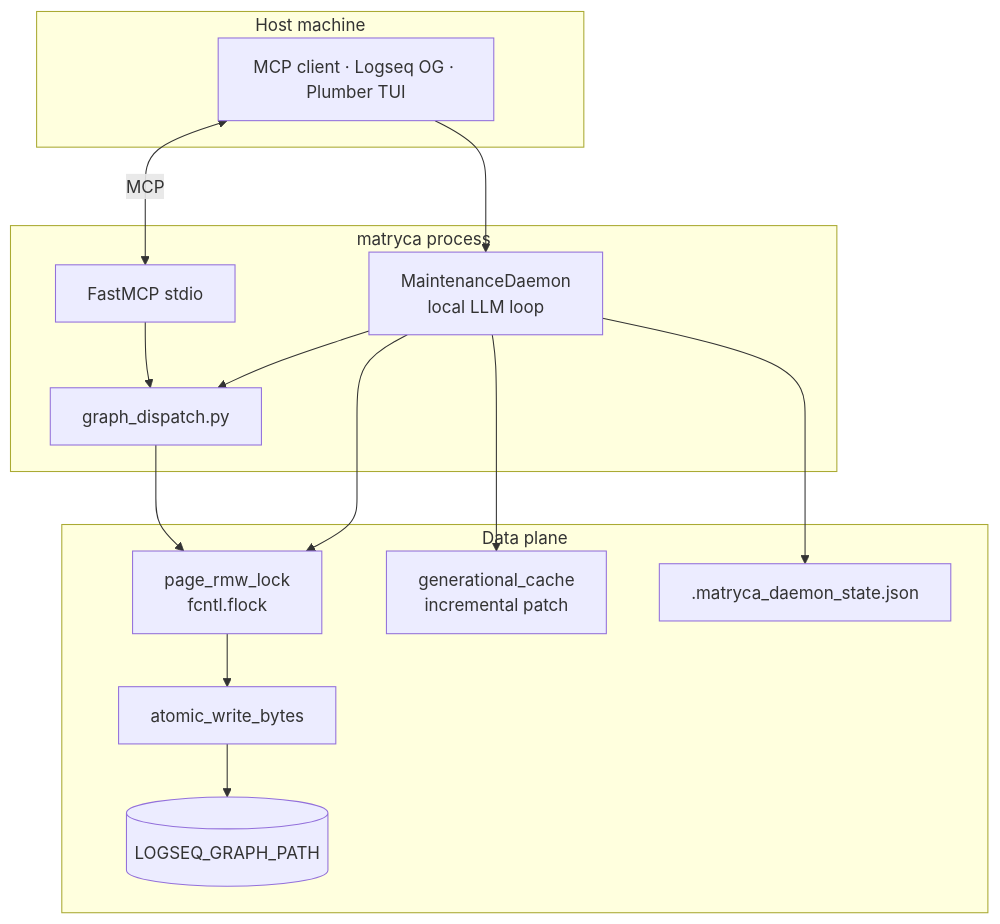
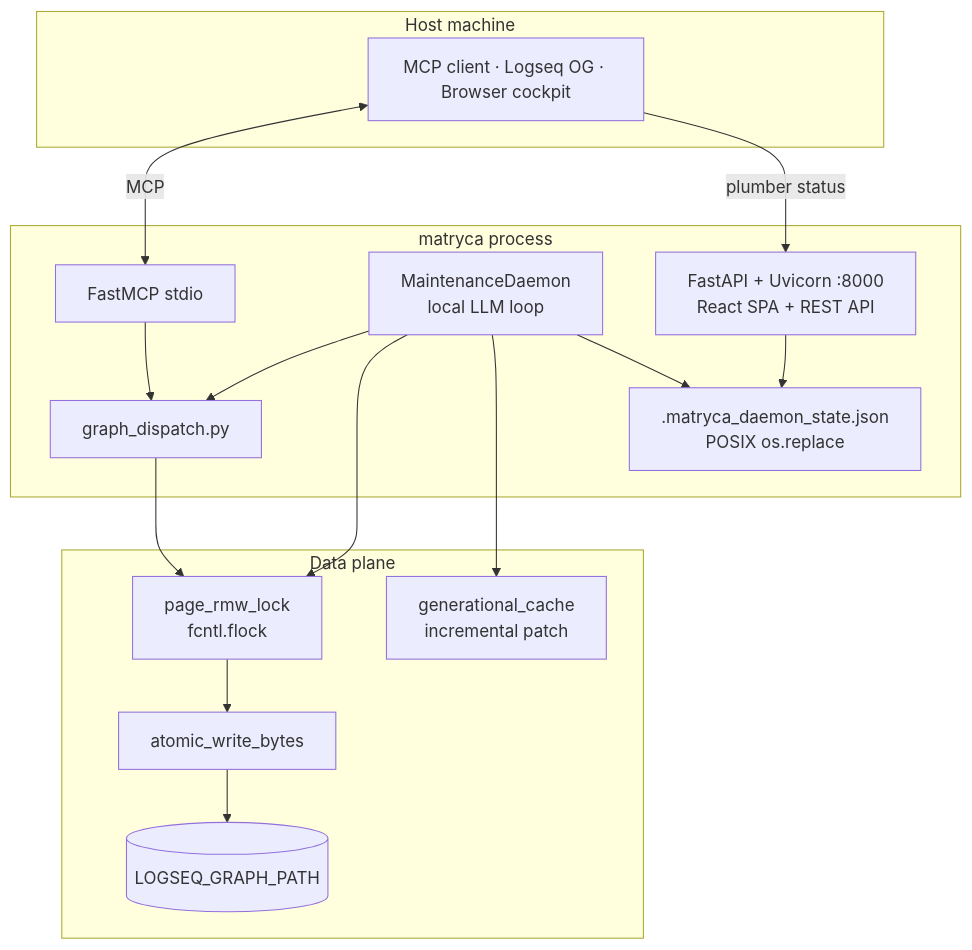
One commit to blackwolf225/matryca-plumber changed the diagram in README.md. Above: the diagram before and after it, drawn with Mermaid. The commit also changed other lines of this file and 51 other files, not shown here.

````diff
--- a/README.md
+++ b/README.md
@@ -227,28 +243,30 @@
 ```mermaid
 flowchart TB
   subgraph host["Host machine"]
-    IDE["MCP client · Logseq OG · Plumber TUI"]
+    IDE["MCP client · Logseq OG · Browser cockpit"]
   end
   subgraph proc["matryca process"]
     MCP["FastMCP stdio"]
     PLUMBER["MaintenanceDaemon\nlocal LLM loop"]
+    UI["FastAPI + Uvicorn :8000\nReact SPA + REST API"]
     GD["graph_dispatch.py"]
     MCP --> GD
     PLUMBER --> GD
+    UI --> STATE
   end
   subgraph data["Data plane"]
     FS[("LOGSEQ_GRAPH_PATH")]
     LOCK["page_rmw_lock\nfcntl.flock"]
     ATW["atomic_write_bytes"]
     GC["generational_cache\nincremental patch"]
-    STATE[".matryca_daemon_state.json"]
+    STATE[".matryca_daemon_state.json\nPOSIX os.replace"]
   end
   IDE <-->|MCP| MCP
-  IDE --> PLUMBER
+  IDE -->|plumber status| UI
   PLUMBER --> LOCK
   GD --> LOCK
   LOCK --> ATW
   ATW --> FS
   PLUMBER --> GC
   PLUMBER --> STATE
 ```
````
